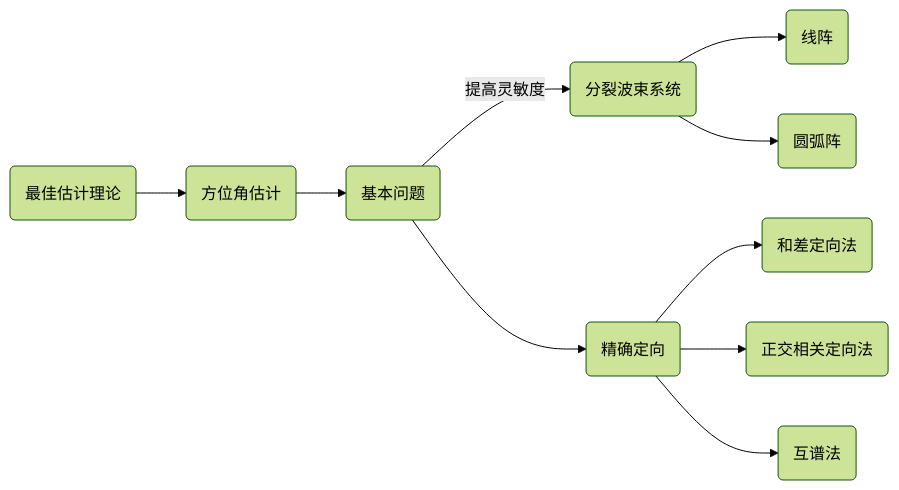
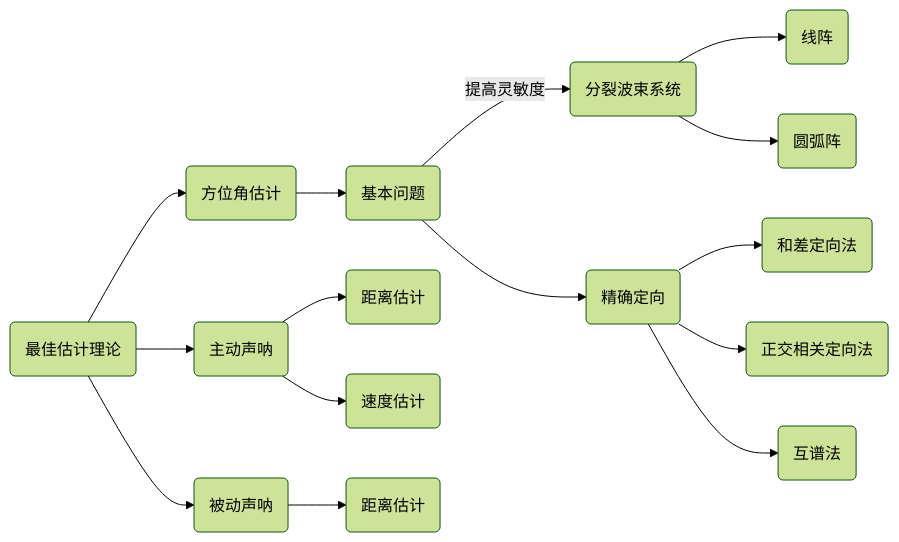
The diagram in public_docs/dsp/sonar_signal_processing/声呐信号参量估计.md (CHENXGG/blog), drawn with Mermaid (forest theme) before and after one commit. The commit also changed other lines of this file and 2 other files, not shown here.

````diff
--- a/public_docs/dsp/sonar_signal_processing/声呐信号参量估计.md
+++ b/public_docs/dsp/sonar_signal_processing/声呐信号参量估计.md
@@ -7,13 +7,19 @@
 ```mermaid
 graph LR
 id1(最佳估计理论) --> id2(方位角估计)
 id2-->id21(基本问题)
 id21--提高灵敏度-->id22(分裂波束系统)
 id22-->id27(线阵)
 id22-->id28(圆弧阵)
 id21-->id23(精确定向)
 id23-->id24(和差定向法)
 id23-->id25(正交相关定向法)
 id23-->id26(互谱法)
 
+id1 --> id3(主动声呐)
+id3 --> id31(距离估计)
+id3 --> id32(速度估计)
+
+id1 --> id4(被动声呐)
+id4 --> id41(距离估计)
 ```
````
